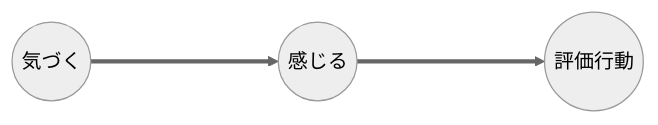
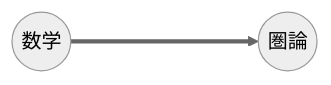
Before and after one commit to zanjibar/zanjibar.github.io: the first of 2 diagrams in w.md, drawn with Mermaid (neutral theme).

````diff
--- a/w.md
+++ b/w.md
@@ -3,4 +3,4 @@
 ```mermaid
 graph LR
-A((気づく))====>B((感じる))====>C((評価行動))
+A((数学))====>C((圏論))
 ```
````
